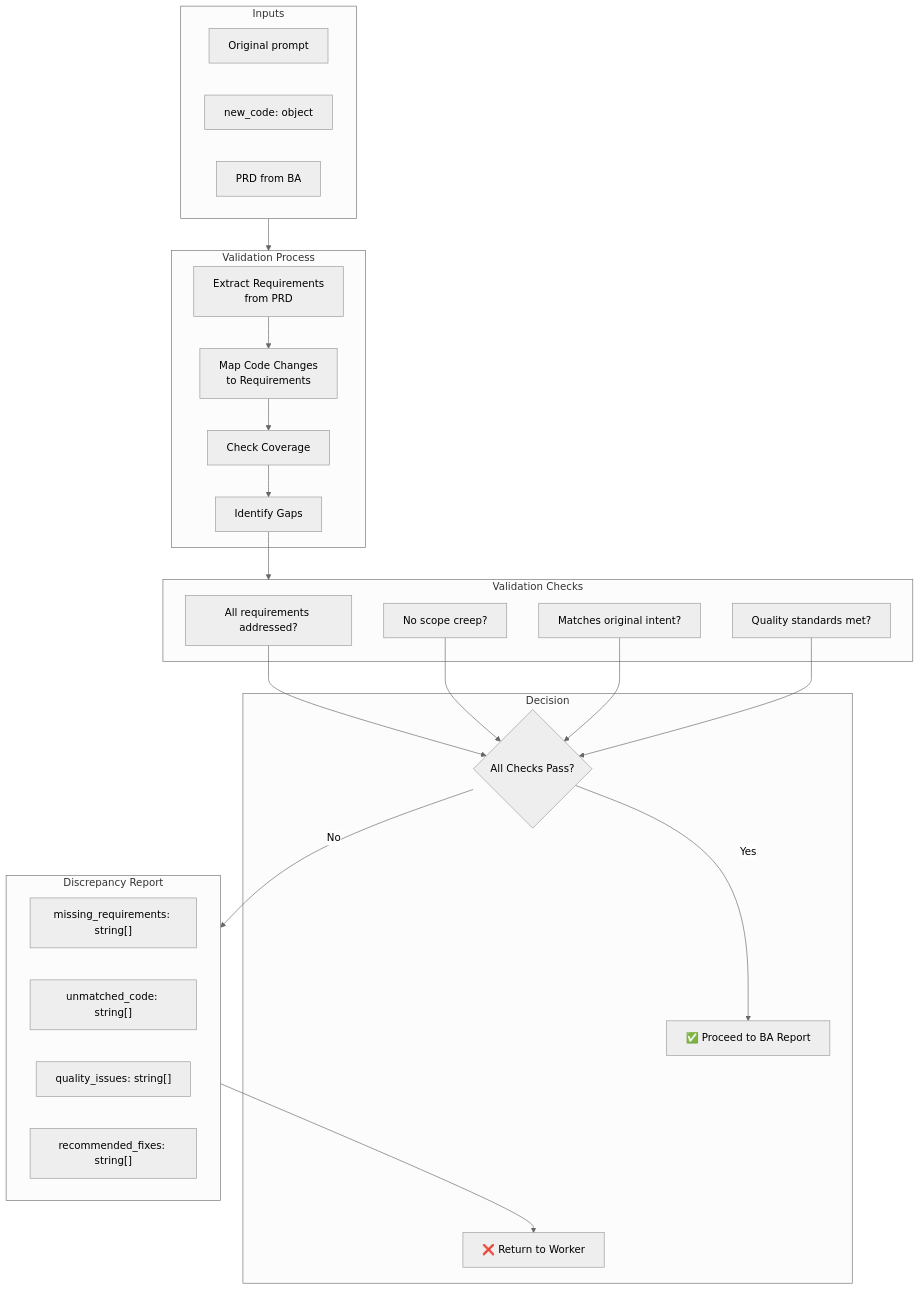
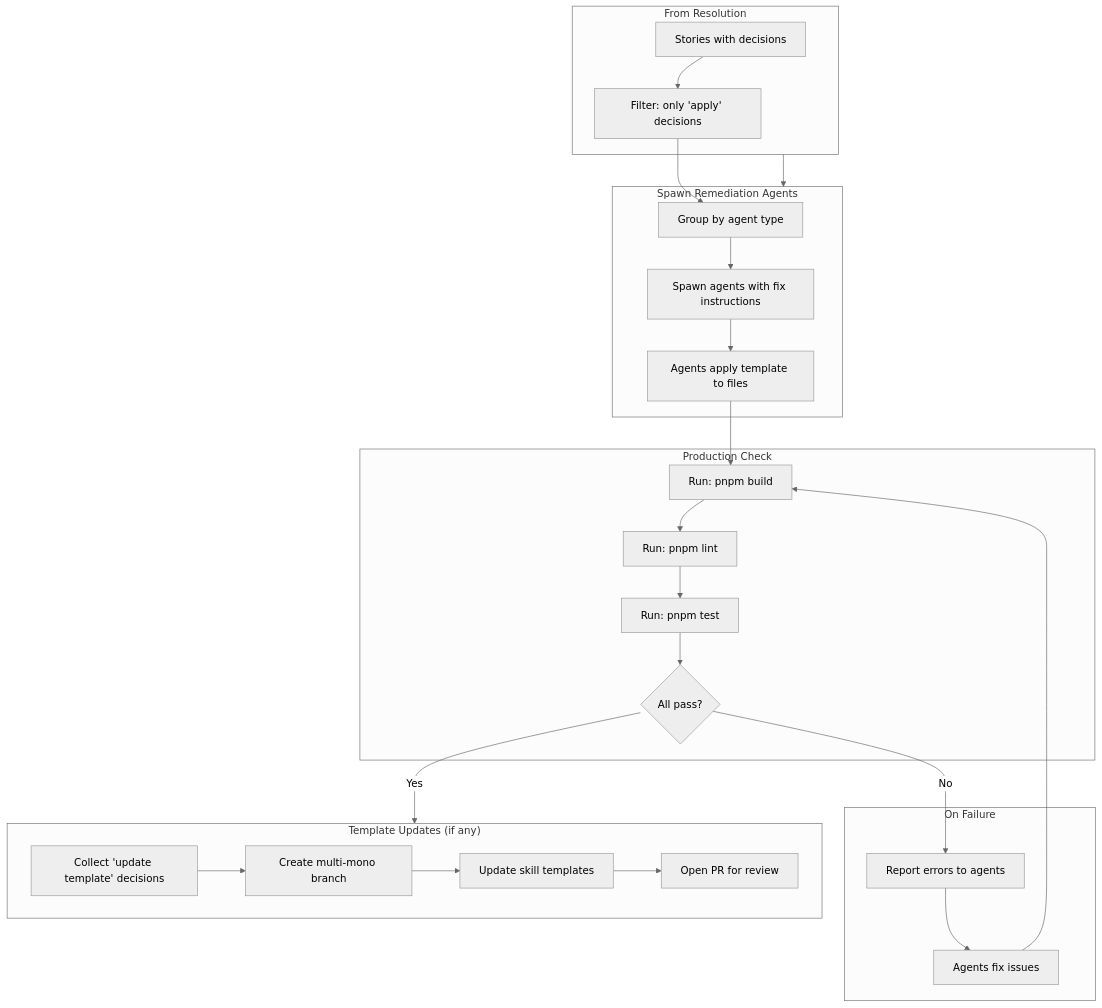
The seventh of 8 diagrams in docs/audit-command-target-state.md (metasaver/metasaver-marketplace), drawn with Mermaid (neutral theme) before and after one commit. The commit also changed other lines of this file and 66 other files, not shown here.

First line of the commit message:
Refactor `/ms` command target state and introduce no-barrel architecture

````diff
--- a/docs/audit-command-target-state.md
+++ b/docs/audit-command-target-state.md
@@ -566,43 +456,42 @@
 ```mermaid
 flowchart TB
-    subgraph Inputs["Inputs"]
-        P["Original prompt"]
-        NC["new_code: object"]
-        PRD["PRD from BA"]
+    subgraph Input["From Resolution"]
+        I1["Stories with decisions"]
+        I2["Filter: only 'apply' decisions"]
     end
 
-    subgraph Validator["Validation Process"]
-        V1["Extract Requirements<br/>from PRD"]
-        V2["Map Code Changes<br/>to Requirements"]
-        V3["Check Coverage"]
-        V4["Identify Gaps"]
+    subgraph Spawn["Spawn Remediation Agents"]
+        S1["Group by agent type"]
+        S2["Spawn agents with fix instructions"]
+        S3["Agents apply template to files"]
     end
 
-    subgraph Checks["Validation Checks"]
-        CH1["All requirements addressed?"]
-        CH2["No scope creep?"]
-        CH3["Matches original intent?"]
-        CH4["Quality standards met?"]
+    subgraph Validate["Production Check"]
+        V1["Run: pnpm build"]
+        V2["Run: pnpm lint"]
+        V3["Run: pnpm test"]
+        V4{"All pass?"}
     end
 
-    subgraph Decision["Decision"]
-        D{"All Checks Pass?"}
-        PASS["✅ Proceed to BA Report"]
-        FAIL["❌ Return to Worker"]
+    subgraph Retry["On Failure"]
+        R1["Report errors to agents"]
+        R2["Agents fix issues"]
     end
 
-    subgraph Discrepancy["Discrepancy Report"]
-        DR1["missing_requirements: string[]"]
-        DR2["unmatched_code: string[]"]
-        DR3["quality_issues: string[]"]
-        DR4["recommended_fixes: string[]"]
+    subgraph TemplateUpdates["Template Updates (if any)"]
+        T1["Collect 'update template' decisions"]
+        T2["Create multi-mono branch"]
+        T3["Update skill templates"]
+        T4["Open PR for review"]
     end
 
-    Inputs --> Validator
+    Input --> Spawn
+    I1 --> I2 --> S1
+    S1 --> S2 --> S3
+    S3 --> V1
     V1 --> V2 --> V3 --> V4
-    V4 --> Checks
-    CH1 & CH2 & CH3 & CH4 --> D
-    D -->|"Yes"| PASS
-    D -->|"No"| Discrepancy
-    Discrepancy --> FAIL
+    V4 -->|"No"| R1
+    R1 --> R2 --> V1
+    V4 -->|"Yes"| TemplateUpdates
+    T1 --> T2 --> T3 --> T4
 ```
````
